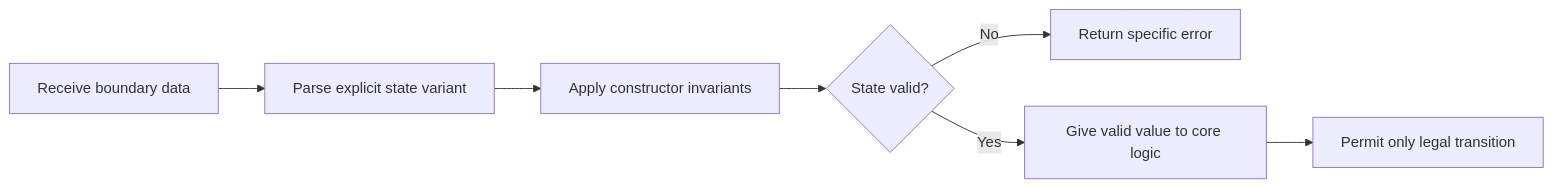
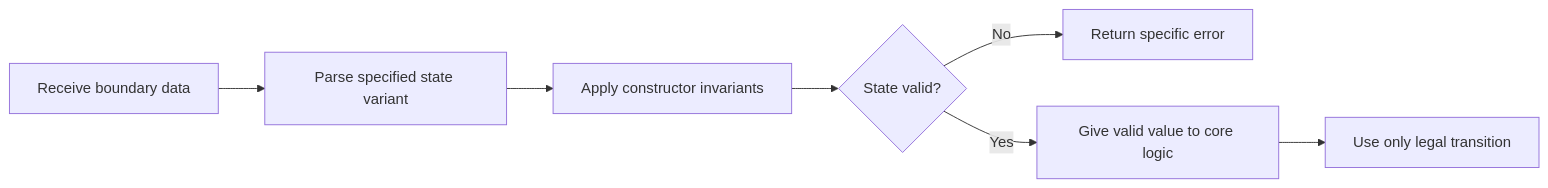
One commit to HomericIntelligence/Athena changed the diagram in docs/principles/details/p075-make-invalid-states-hard-to-represent.md. Above: the diagram before and after it, drawn with Mermaid. The commit also changed other lines of this file and 91 other files, not shown here.

````diff
--- a/docs/principles/details/p075-make-invalid-states-hard-to-represent.md
+++ b/docs/principles/details/p075-make-invalid-states-hard-to-represent.md
@@ -35,9 +38,9 @@
 ```mermaid
 flowchart LR
-    A["Receive boundary data"] --> B["Parse explicit state variant"]
+    A["Receive boundary data"] --> B["Parse specified state variant"]
     B --> C["Apply constructor invariants"]
     C --> D{"State valid?"}
     D -- "No" --> E["Return specific error"]
     D -- "Yes" --> F["Give valid value to core logic"]
-    F --> G["Permit only legal transition"]
+    F --> G["Use only legal transition"]
 ```
````
